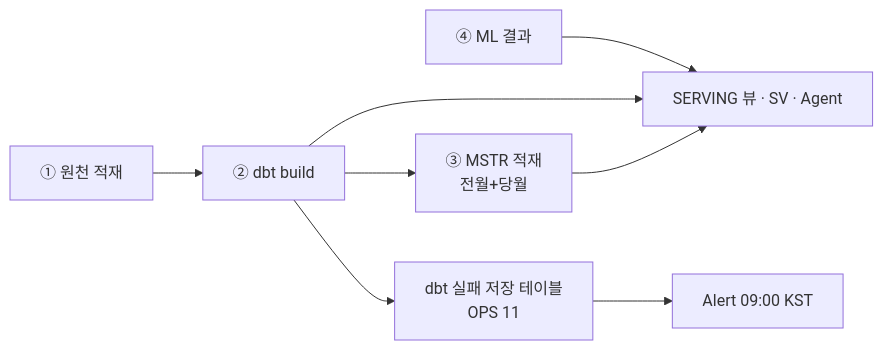
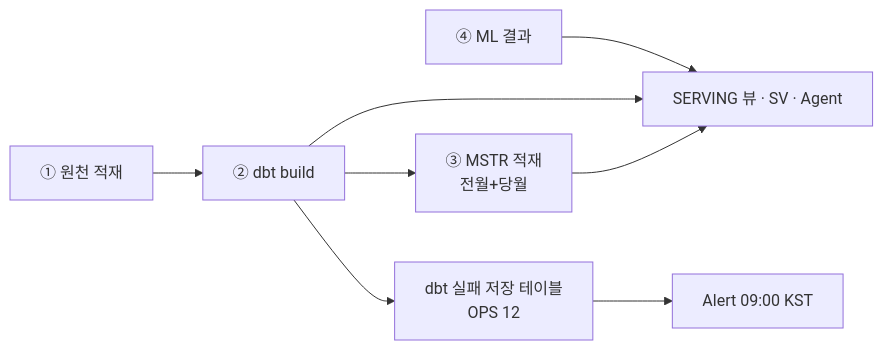
One commit to cih0802/snowflake_files changed the diagram in 85_실제 인수인계 문서/20_정식산출물/D07_ETL_파이프라인설계서.md. Above: the diagram before and after it, drawn with Mermaid. The commit also changed other lines of this file and 157 other files, not shown here.

````diff
--- a/85_실제 인수인계 문서/20_정식산출물/D07_ETL_파이프라인설계서.md
+++ b/85_실제 인수인계 문서/20_정식산출물/D07_ETL_파이프라인설계서.md
@@ -27,10 +29,10 @@
 ```mermaid
 graph LR
   E1[① 원천 적재] --> D[② dbt build]
   D --> M[③ MSTR 적재<br/>전월+당월]
-  D --> W[dbt 실패 저장 테이블<br/>OPS 11]
+  D --> W[dbt 실패 저장 테이블<br/>OPS 12]
   W --> AL[Alert 09:00 KST]
   ML[④ ML 결과] --> SV[SERVING 뷰 · SV · Agent]
   D --> SV
   M --> SV
 ```
````
